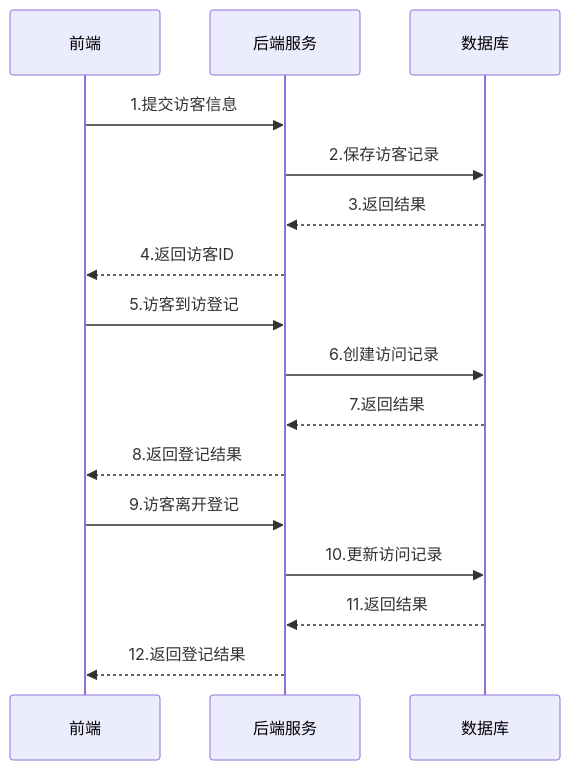
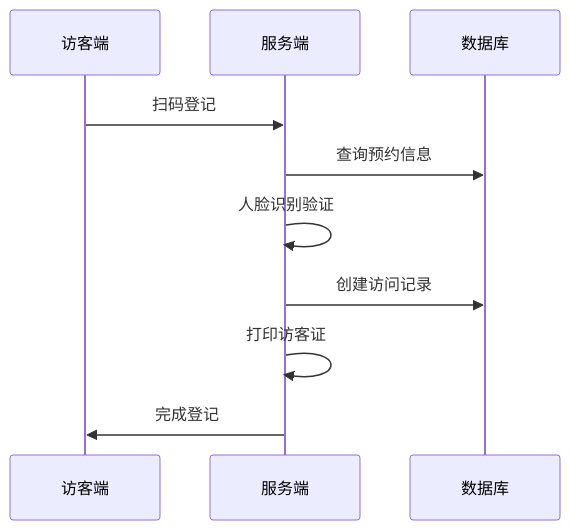
One commit to yuhaibao39/n8ndeploy changed the third of 3 diagrams in devel/outlinedesign.md. Above: the diagram before and after it, drawn with Mermaid. The commit also changed other lines of this file, not shown here.

````diff
--- a/devel/outlinedesign.md
+++ b/devel/outlinedesign.md
@@ -65,21 +120,13 @@
 ```mermaid
 sequenceDiagram
-    participant C as 前端
-    participant S as 后端服务
+    participant V as 访客端
+    participant S as 服务端
     participant DB as 数据库
     
-    C->>S: 1.提交访客信息
-    S->>DB: 2.保存访客记录
-    DB-->>S: 3.返回结果
-    S-->>C: 4.返回访客ID
-    
-    C->>S: 5.访客到访登记
-    S->>DB: 6.创建访问记录
-    DB-->>S: 7.返回结果
-    S-->>C: 8.返回登记结果
-    
-    C->>S: 9.访客离开登记
-    S->>DB: 10.更新访问记录
-    DB-->>S: 11.返回结果 
-    S-->>C: 12.返回登记结果
+    V->>S: 扫码登记
+    S->>DB: 查询预约信息
+    S->>S: 人脸识别验证
+    S->>DB: 创建访问记录
+    S->>S: 打印访客证
+    S->>V: 完成登记
 ```
````
